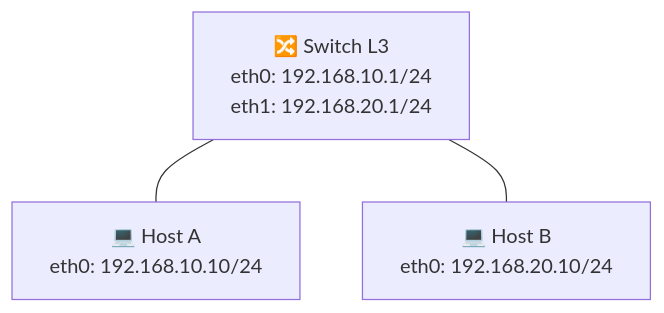
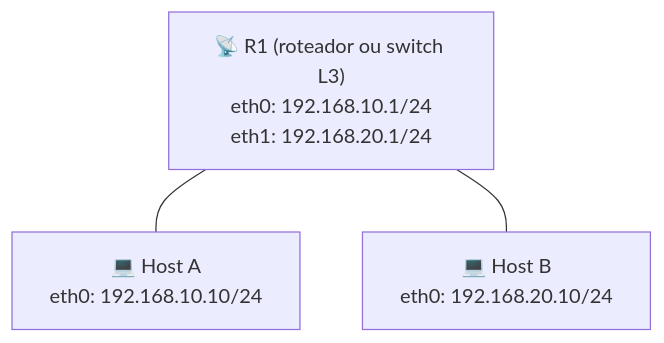
Before and after one commit to oficialvzi/PTR: the second of 2 diagrams in labs/lab01.md, drawn with Mermaid. The commit also changed other lines of this file and 14 other files, not shown here.

````diff
--- a/labs/lab01.md
+++ b/labs/lab01.md
@@ -30,6 +74,6 @@
 ```mermaid
-flowchart
-    S["🔀 Switch L3<br>eth0: 192.168.10.1/24<br>eth1: 192.168.20.1/24"]
+flowchart TB
+    S["📡 R1 (roteador ou switch L3)<br>eth0: 192.168.10.1/24<br>eth1: 192.168.20.1/24"]
     S --- HA["💻 Host A<br>eth0: 192.168.10.10/24"]
     S --- HB["💻 Host B<br>eth0: 192.168.20.10/24"]
 ```
````
